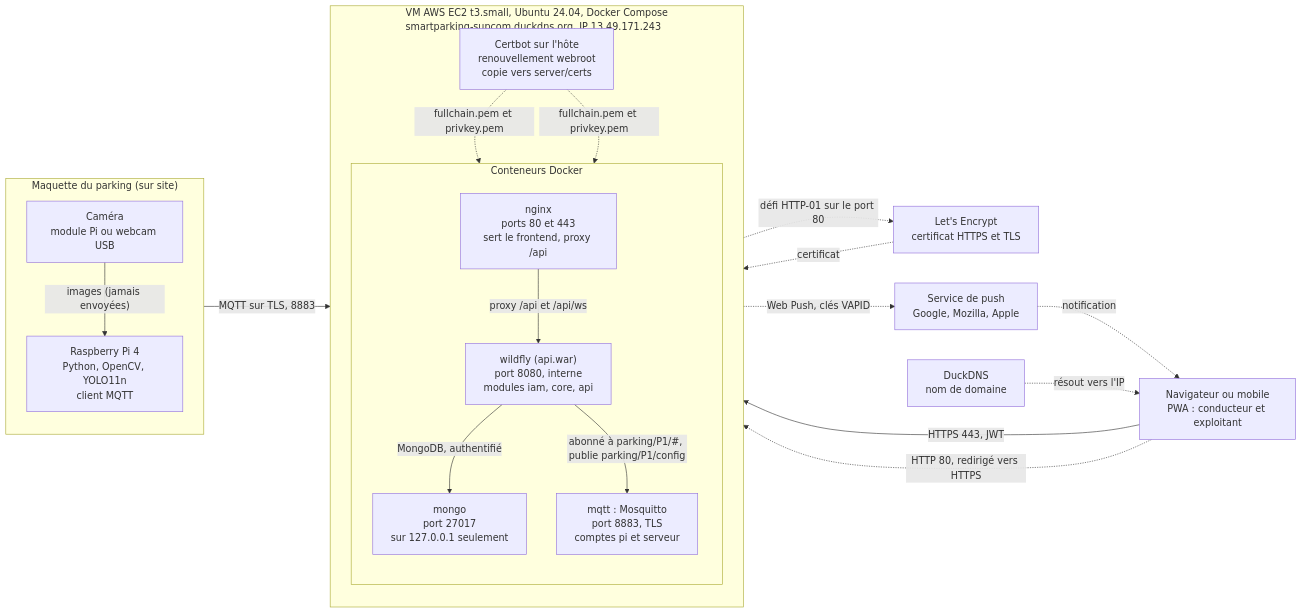
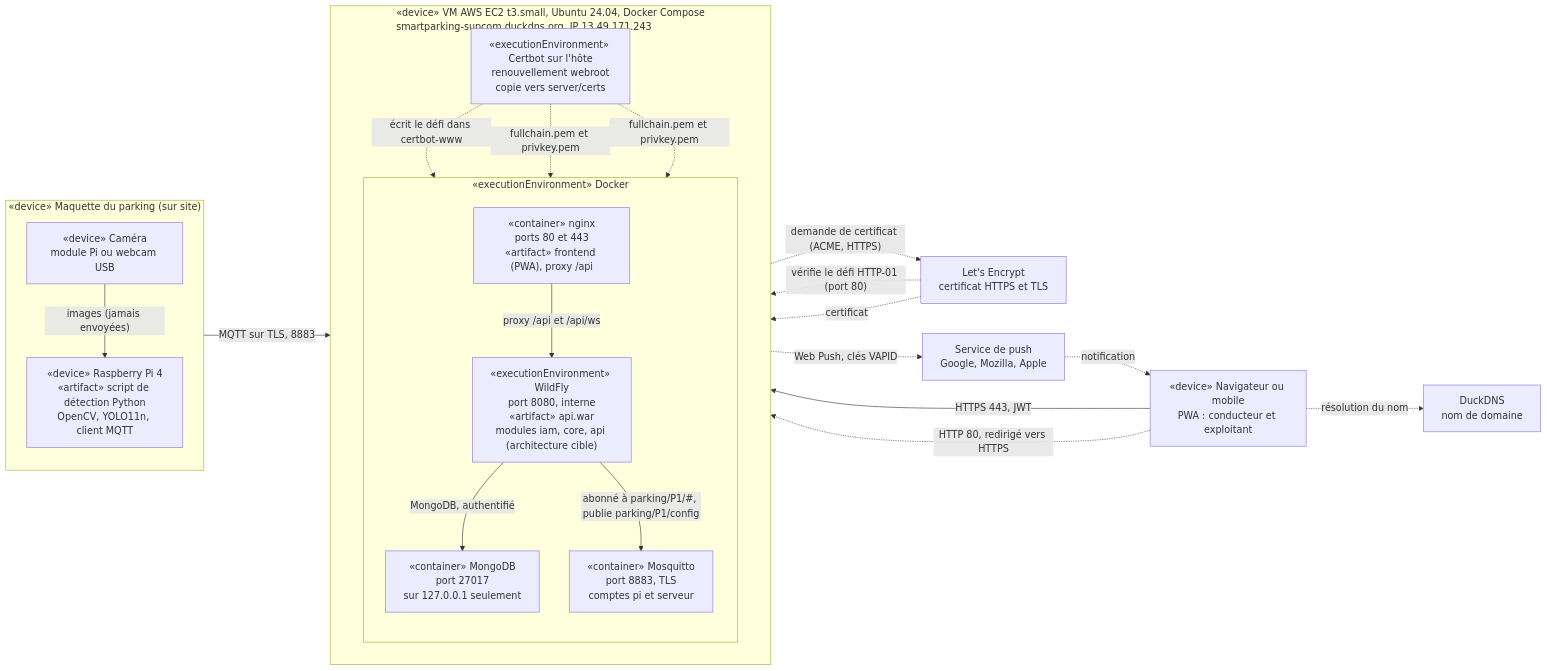
Before and after one commit to amaltrigui19/projet_smart_parking: the diagram in docs/uml/04-deploiement.md, drawn with Mermaid. The commit also changed other lines of this file and 3 other files, not shown here.

Commit message:
uml corrigée

````diff
--- a/docs/uml/04-deploiement.md
+++ b/docs/uml/04-deploiement.md
@@ -5,40 +5,42 @@
 ```mermaid
 flowchart LR
-    subgraph maquette ["Maquette du parking (sur site)"]
+    subgraph maquette ["«device» Maquette du parking (sur site)"]
         direction TB
-        cam["Caméra<br/>module Pi ou webcam USB"]
-        pi["Raspberry Pi 4<br/>Python, OpenCV, YOLO11n<br/>client MQTT"]
+        cam["«device» Caméra<br/>module Pi ou webcam USB"]
+        pi["«device» Raspberry Pi 4<br/>«artifact» script de détection Python<br/>OpenCV, YOLO11n, client MQTT"]
         cam -->|"images (jamais envoyées)"| pi
     end
 
-    subgraph vm ["VM AWS EC2 t3.small, Ubuntu 24.04, Docker Compose<br/>smartparking-supcom.duckdns.org, IP 13.49.171.243"]
+    subgraph vm ["«device» VM AWS EC2 t3.small, Ubuntu 24.04, Docker Compose<br/>smartparking-supcom.duckdns.org, IP 13.49.171.243"]
         direction TB
-        subgraph docker ["Conteneurs Docker"]
+        subgraph docker ["«executionEnvironment» Docker"]
             direction TB
-            nginx["nginx<br/>ports 80 et 443<br/>sert le frontend, proxy /api"]
-            wildfly["wildfly (api.war)<br/>port 8080, interne<br/>modules iam, core, api"]
-            mqtt["mqtt : Mosquitto<br/>port 8883, TLS<br/>comptes pi et serveur"]
-            mongo["mongo<br/>port 27017<br/>sur 127.0.0.1 seulement"]
+            nginx["«container» nginx<br/>ports 80 et 443<br/>«artifact» frontend (PWA), proxy /api"]
+            wildfly["«executionEnvironment» WildFly<br/>port 8080, interne<br/>«artifact» api.war<br/>modules iam, core, api (architecture cible)"]
+            mqtt["«container» Mosquitto<br/>port 8883, TLS<br/>comptes pi et serveur"]
+            mongo["«container» MongoDB<br/>port 27017<br/>sur 127.0.0.1 seulement"]
         end
-        certbot["Certbot sur l'hôte<br/>renouvellement webroot<br/>copie vers server/certs"]
+        certbot["«executionEnvironment» Certbot sur l'hôte<br/>renouvellement webroot<br/>copie vers server/certs"]
     end
 
-    nav["Navigateur ou mobile<br/>PWA : conducteur et exploitant"]
+    nav["«device» Navigateur ou mobile<br/>PWA : conducteur et exploitant"]
     le["Let's Encrypt<br/>certificat HTTPS et TLS"]
     dns["DuckDNS<br/>nom de domaine"]
     push["Service de push<br/>Google, Mozilla, Apple"]
 
     pi -->|"MQTT sur TLS, 8883"| mqtt
     nav -->|"HTTPS 443, JWT"| nginx
     nav -.->|"HTTP 80, redirigé vers HTTPS"| nginx
     nginx -->|"proxy /api et /api/ws"| wildfly
     wildfly -->|"MongoDB, authentifié"| mongo
     wildfly -->|"abonné à parking/P1/#, publie parking/P1/config"| mqtt
     wildfly -.->|"Web Push, clés VAPID"| push
     push -.->|"notification"| nav
-    certbot -.->|"défi HTTP-01 sur le port 80"| le
+    certbot -.->|"demande de certificat (ACME, HTTPS)"| le
+    le -.->|"vérifie le défi HTTP-01 (port 80)"| nginx
+    certbot -.->|"écrit le défi dans certbot-www"| nginx
     le -.->|"certificat"| certbot
     certbot -.->|"fullchain.pem et privkey.pem"| nginx
     certbot -.->|"fullchain.pem et privkey.pem"| mqtt
-    dns -.->|"résout vers l'IP"| nav
+    nav -.->|"résolution du nom"| dns
 ```
````
